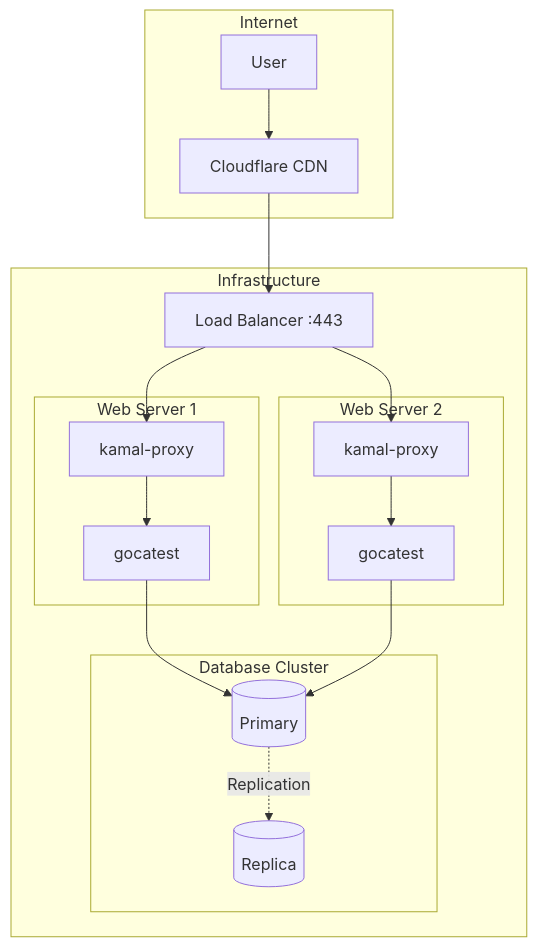
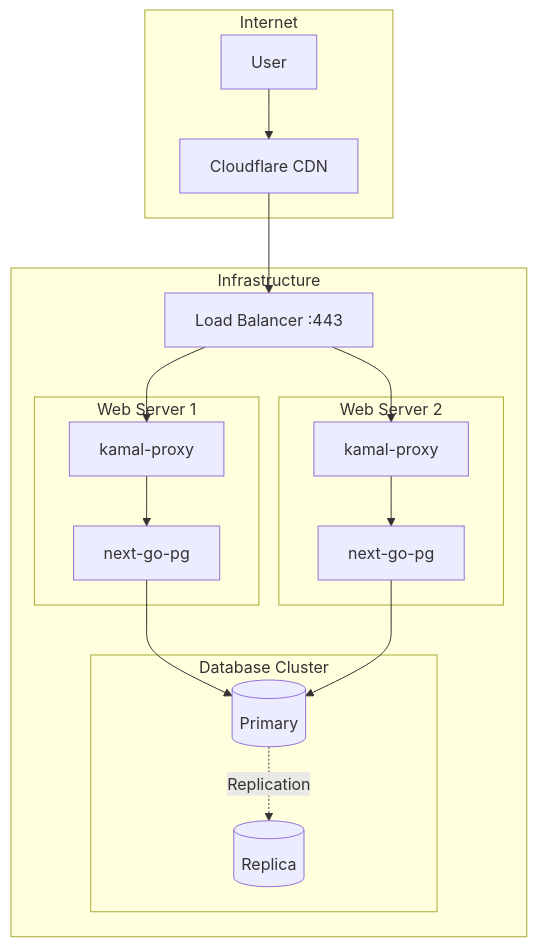
One commit to atilladeniz/next-go-pg changed the second of 7 diagrams in .concepts/architecture/deployment.md. Above: the diagram before and after it, drawn with Mermaid. The commit also changed other lines of this file and 35 other files, not shown here.

````diff
--- a/.concepts/architecture/deployment.md
+++ b/.concepts/architecture/deployment.md
@@ -46,36 +46,36 @@
 ```mermaid
 flowchart TB
     subgraph Internet
         U[User]
         CF[Cloudflare CDN]
     end
 
     subgraph Infrastructure
         LB[Load Balancer :443]
 
         subgraph Web1["Web Server 1"]
             P1[kamal-proxy]
-            C1[gocatest]
+            C1[next-go-pg]
         end
 
         subgraph Web2["Web Server 2"]
             P2[kamal-proxy]
-            C2[gocatest]
+            C2[next-go-pg]
         end
 
         subgraph Database["Database Cluster"]
             DB1[(Primary)]
             DB2[(Replica)]
         end
     end
 
     U --> CF
     CF --> LB
     LB --> P1
     LB --> P2
     P1 --> C1
     P2 --> C2
     C1 --> DB1
     C2 --> DB1
     DB1 -.->|Replication| DB2
 ```
````
